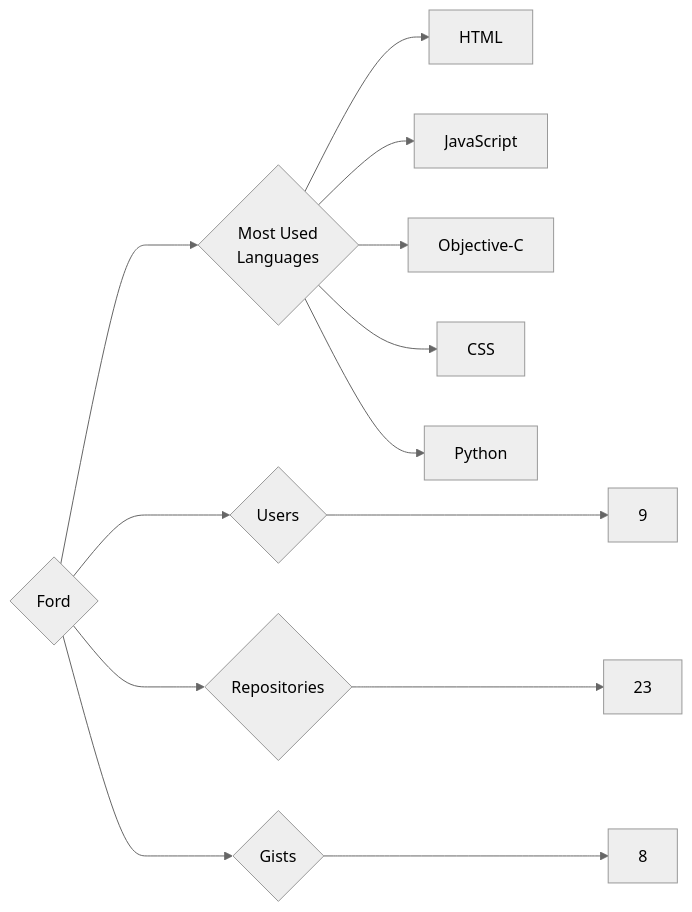
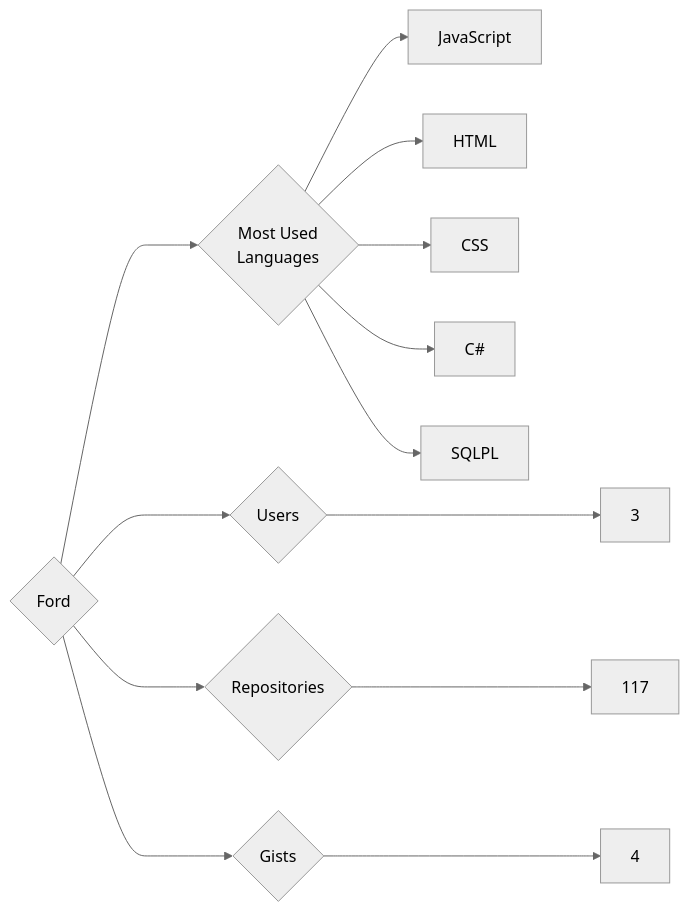
Before and after one commit to trickest/insiders: the diagram in targets/Ford/README.md, drawn with Mermaid (neutral theme). The commit also changed 1170 other files, not shown here.

````diff
--- a/targets/Ford/README.md
+++ b/targets/Ford/README.md
@@ -3,13 +3,13 @@
 ```mermaid
 graph LR
 COMPANY_NAME{Ford}
-COMPANY_NAME ---> U{Users} ---> UN[9]
-COMPANY_NAME ---> R{Repositories} ---> RN[23]
-COMPANY_NAME ---> G{Gists} ---> GN[8]
+COMPANY_NAME ---> U{Users} ---> UN[3]
+COMPANY_NAME ---> R{Repositories} ---> RN[117]
+COMPANY_NAME ---> G{Gists} ---> GN[4]
 COMPANY_NAME ---> ML{Most Used<br>Languages}
+ML --> JavaScript[JavaScript]
 ML --> HTML[HTML]
-ML --> JavaScript[JavaScript]
-ML --> Objective-C[Objective-C]
 ML --> CSS[CSS]
-ML --> Python[Python]
+ML --> C#[C#]
+ML --> SQLPL[SQLPL]
 ```
````
